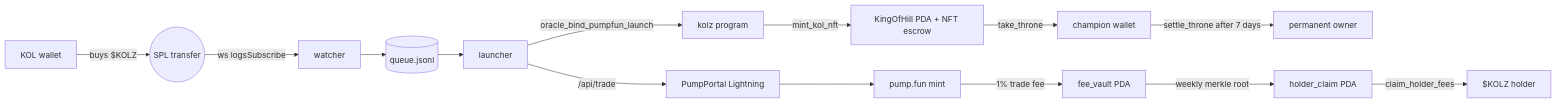
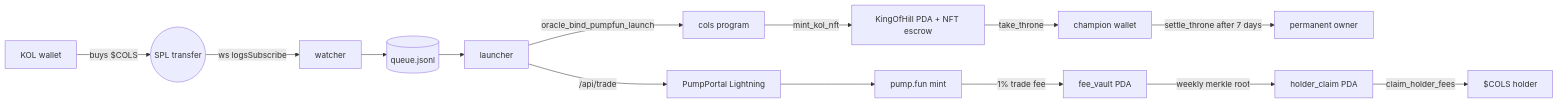
The diagram in README.md (Kolzoo/kolz-protocol), drawn with Mermaid before and after one commit. The commit also changed other lines of this file and 103 other files, not shown here.

Commit message:
refactor: rename project cols to cols across program, sdk, cli, docs

````diff
--- a/README.md
+++ b/README.md
@@ -63,16 +63,16 @@
 ```mermaid
 flowchart LR
-    A[KOL wallet] -- buys $KOLZ --> B((SPL transfer))
+    A[KOL wallet] -- buys $COLS --> B((SPL transfer))
     B -- ws logsSubscribe --> C[watcher]
     C --> D[(queue.jsonl)]
     D --> E[launcher]
     E -- /api/trade --> F[PumpPortal Lightning]
     F --> G[pump.fun mint]
-    E -- oracle_bind_pumpfun_launch --> H[kolz program]
+    E -- oracle_bind_pumpfun_launch --> H[cols program]
     H -- mint_kol_nft --> I[KingOfHill PDA + NFT escrow]
     I -- take_throne --> J[champion wallet]
     J -- settle_throne after 7 days --> K[permanent owner]
     G -- 1% trade fee --> L[fee_vault PDA]
     L -- weekly merkle root --> M[holder_claim PDA]
-    M -- claim_holder_fees --> N[$KOLZ holder]
+    M -- claim_holder_fees --> N[$COLS holder]
 ```
````
